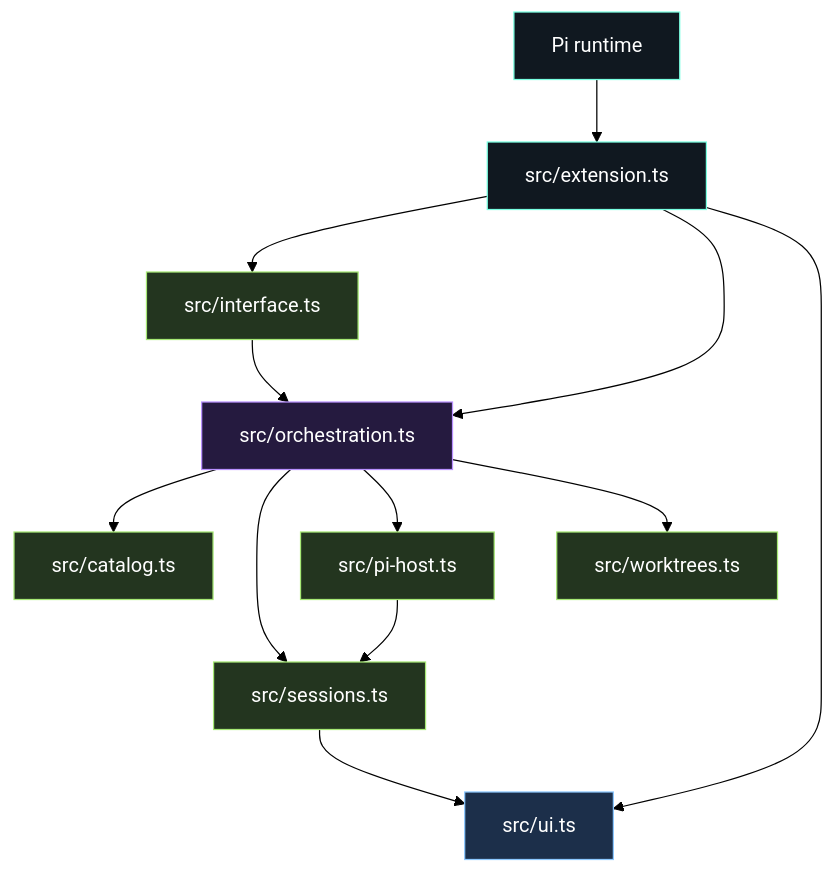
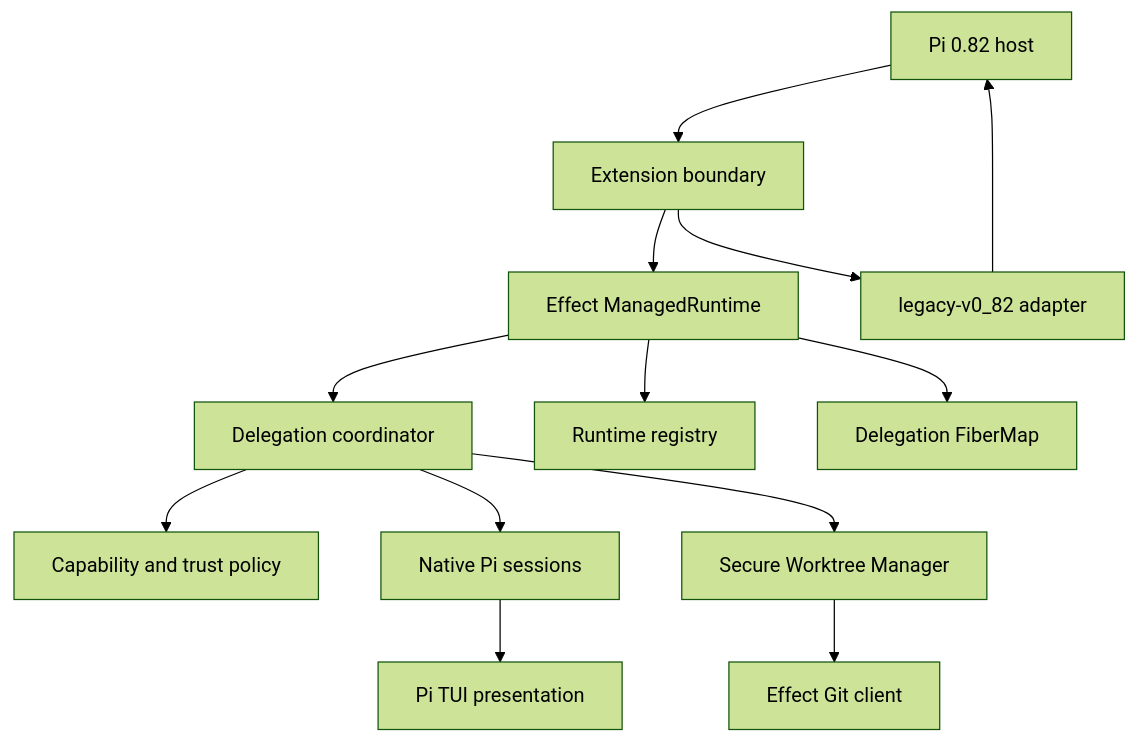
The diagram in README.md (CodeByPeete/pi-gentic), drawn with Mermaid (forest theme) before and after one commit. The commit also changed other lines of this file and 57 other files, not shown here.

Commit message:
Refactor orchestration onto Effect runtime

````diff
--- a/README.md
+++ b/README.md
@@ -288,27 +288,15 @@
 ```mermaid
 flowchart TD
-    Pi[Pi runtime] --> Extension[src/extension.ts]
-
-    Extension --> Interface[src/interface.ts]
-    Extension --> Orchestration[src/orchestration.ts]
-    Extension --> UI[src/ui.ts]
-
-    Orchestration --> Catalog[src/catalog.ts]
-    Orchestration --> Sessions[src/sessions.ts]
-    Orchestration --> Host[src/pi-host.ts]
-    Orchestration --> Worktrees[src/worktrees.ts]
-
-    Interface --> Orchestration
-    Sessions --> UI
-    Host --> Sessions
-
-    classDef edge fill:#101820,stroke:#79ffe1,color:#ffffff;
-    classDef core fill:#251a3f,stroke:#b991ff,color:#ffffff;
-    classDef ui fill:#1c2f4a,stroke:#8cc8ff,color:#ffffff;
-    classDef data fill:#23351f,stroke:#a6e875,color:#ffffff;
-
-    class Pi,Extension edge;
-    class Orchestration core;
-    class UI ui;
-    class Interface,Catalog,Sessions,Host,Worktrees data;
+    Pi[Pi 0.82 host] --> Boundary[Extension boundary]
+    Boundary --> Runtime[Effect ManagedRuntime]
+    Runtime --> Coordinator[Delegation coordinator]
+    Runtime --> Registry[Runtime registry]
+    Runtime --> Fibers[Delegation FiberMap]
+    Coordinator --> Policy[Capability and trust policy]
+    Coordinator --> Sessions[Native Pi sessions]
+    Coordinator --> Worktrees[Secure Worktree Manager]
+    Worktrees --> Git[Effect Git client]
+    Sessions --> UI[Pi TUI presentation]
+    Boundary --> Legacy[legacy-v0_82 adapter]
+    Legacy --> Pi
 ```
````
